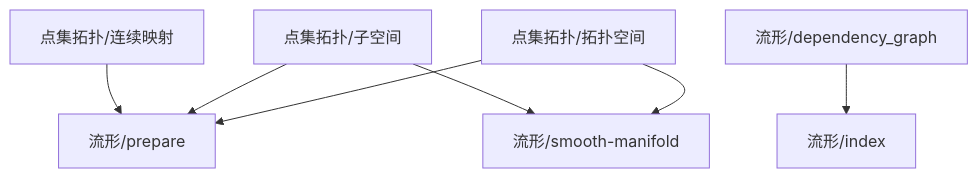
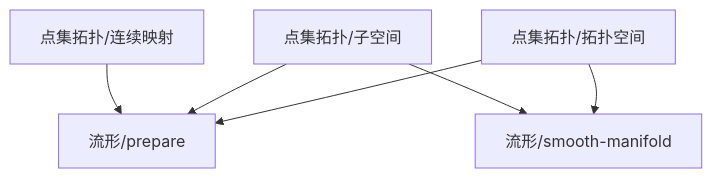
The diagram in content/流形/dependency_graph.md (zeroDtree/zeroDtree.github.io), drawn with Mermaid before and after one commit. The commit also changed 17 other files, not shown here.

````diff
--- a/content/流形/dependency_graph.md
+++ b/content/流形/dependency_graph.md
@@ -1,9 +1,8 @@
 ```mermaid
 graph TD
 1["点集拓扑/拓扑空间"] --> 0["流形/prepare"]
 2["点集拓扑/子空间"] --> 0["流形/prepare"]
 3["点集拓扑/连续映射"] --> 0["流形/prepare"]
 1["点集拓扑/拓扑空间"] --> 4["流形/smooth-manifold"]
 2["点集拓扑/子空间"] --> 4["流形/smooth-manifold"]
-6["流形/dependency_graph"] --> 5["流形/index"]
 ```
````
